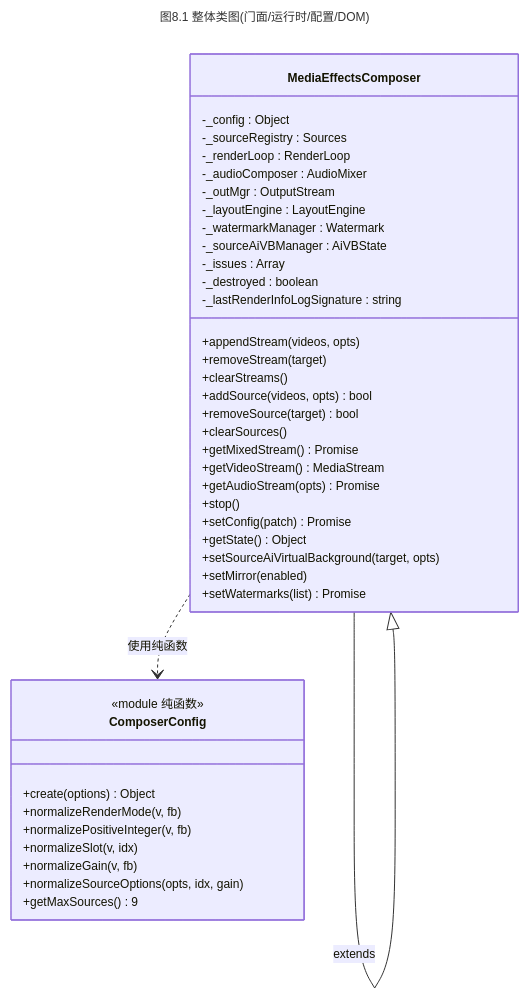
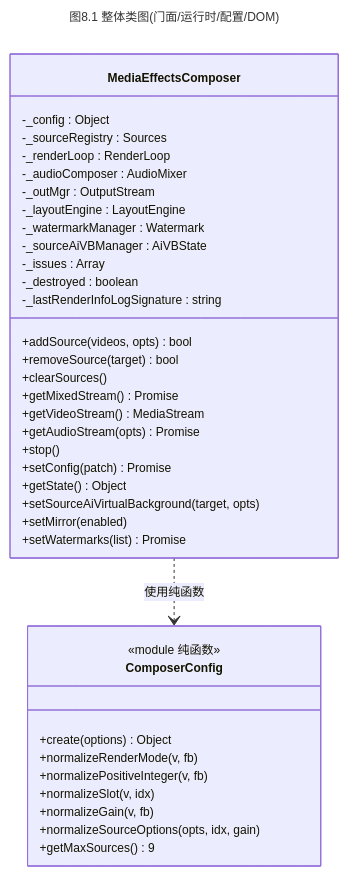
Diagram 13 of 19 in docs/MediaEffectsComposer-学习手册.md (lei40251/JsSIP), drawn with Mermaid before and after one commit. The commit also changed other lines of this file and 12 other files, not shown here.

````diff
--- a/docs/MediaEffectsComposer-学习手册.md
+++ b/docs/MediaEffectsComposer-学习手册.md
@@ -629,54 +625,47 @@
 ```mermaid
 ---
 title: 图8.1  整体类图(门面/运行时/配置/DOM)
 config:
   themeVariables:
     fontSize: 12px
 ---
 classDiagram
-    class MediaEffectsComposer {
-        +appendStream(videos, opts)
-        +removeStream(target)
-        +clearStreams()
-    }
-
     class MediaEffectsComposer {
         -_config : Object
         -_sourceRegistry : Sources
         -_renderLoop : RenderLoop
         -_audioComposer : AudioMixer
         -_outMgr : OutputStream
         -_layoutEngine : LayoutEngine
         -_watermarkManager : Watermark
         -_sourceAiVBManager : AiVBState
         -_issues : Array
         -_destroyed : boolean
         -_lastRenderInfoLogSignature : string
         +addSource(videos, opts) bool
         +removeSource(target) bool
         +clearSources()
         +getMixedStream() Promise
         +getVideoStream() MediaStream
         +getAudioStream(opts) Promise
         +stop()
         +setConfig(patch) Promise
         +getState() Object
         +setSourceAiVirtualBackground(target, opts)
         +setMirror(enabled)
         +setWatermarks(list) Promise
     }
 
     class ComposerConfig {
         <<module 纯函数>>
         +create(options) Object
         +normalizeRenderMode(v, fb)
         +normalizePositiveInteger(v, fb)
         +normalizeSlot(v, idx)
         +normalizeGain(v, fb)
         +normalizeSourceOptions(opts, idx, gain)
         +getMaxSources() 9
     }
 
-    MediaEffectsComposer --|> MediaEffectsComposer : extends
     MediaEffectsComposer ..> ComposerConfig : 使用纯函数
 ```
````
